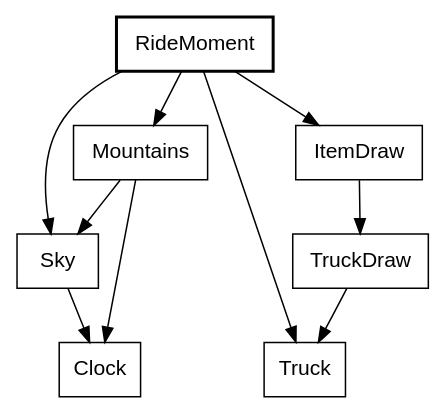
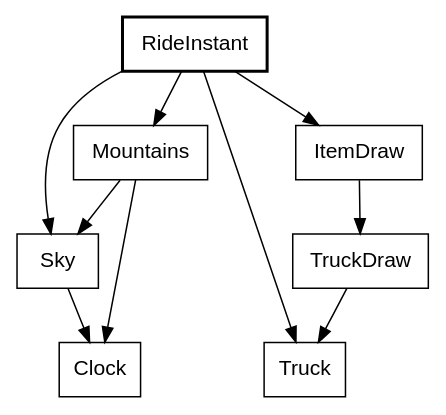
One commit to showell/roc-apps changed the ninth of 17 diagrams in canvas_apps/safari/tutorial/tutorial.md. Above: the diagram before and after it, drawn with Graphviz. The commit also changed other lines of this file, not shown here.

````diff
--- a/canvas_apps/safari/tutorial/tutorial.md
+++ b/canvas_apps/safari/tutorial/tutorial.md
@@ -436,15 +436,15 @@
 ```dot
 digraph headlights {
   node [shape=box, fontname="Helvetica"];
-  RideMoment [style=bold];
-  RideMoment -> Mountains;
-  RideMoment -> Sky;
-  RideMoment -> Truck;
-  RideMoment -> ItemDraw;
+  RideInstant [style=bold];
+  RideInstant -> Mountains;
+  RideInstant -> Sky;
+  RideInstant -> Truck;
+  RideInstant -> ItemDraw;
   Mountains -> Sky;
   Mountains -> Clock;
   Sky -> Clock;
   ItemDraw -> TruckDraw;
   TruckDraw -> Truck;
 }
 ```
````
